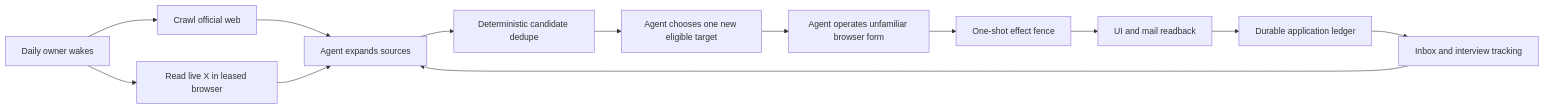
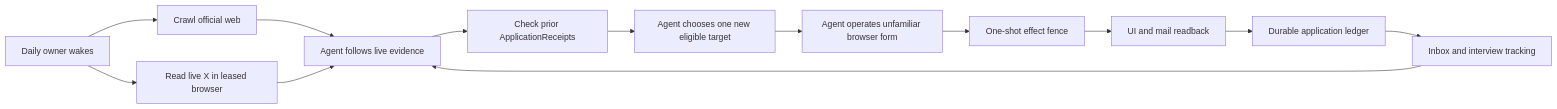
One commit to Daisuke134/anicca changed the diagram in docs/superpowers/specs/2026-08-26-life-manager-fundraiser-agent-design.md. Above: the diagram before and after it, drawn with Mermaid. The commit also changed other lines of this file and 2 other files, not shown here.

````diff
--- a/docs/superpowers/specs/2026-08-26-life-manager-fundraiser-agent-design.md
+++ b/docs/superpowers/specs/2026-08-26-life-manager-fundraiser-agent-design.md
@@ -25,15 +27,15 @@
 ```mermaid
 flowchart LR
     W[Daily owner wakes] --> C[Crawl official web]
     W --> X[Read live X in leased browser]
-    C --> A[Agent expands sources]
+    C --> A[Agent follows live evidence]
     X --> A
-    A --> D[Deterministic candidate dedupe]
+    A --> D[Check prior ApplicationReceipts]
     D --> J[Agent chooses one new eligible target]
     J --> B[Agent operates unfamiliar browser form]
     B --> F[One-shot effect fence]
     F --> R[UI and mail readback]
     R --> L[Durable application ledger]
     L --> I[Inbox and interview tracking]
     I --> A
 ```
````
